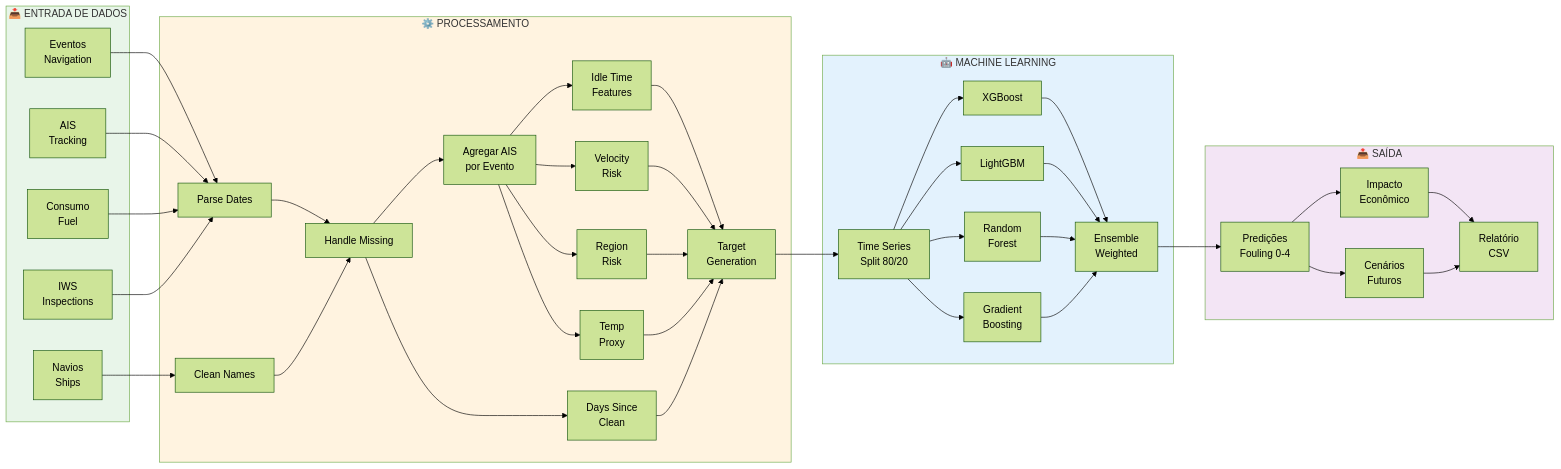
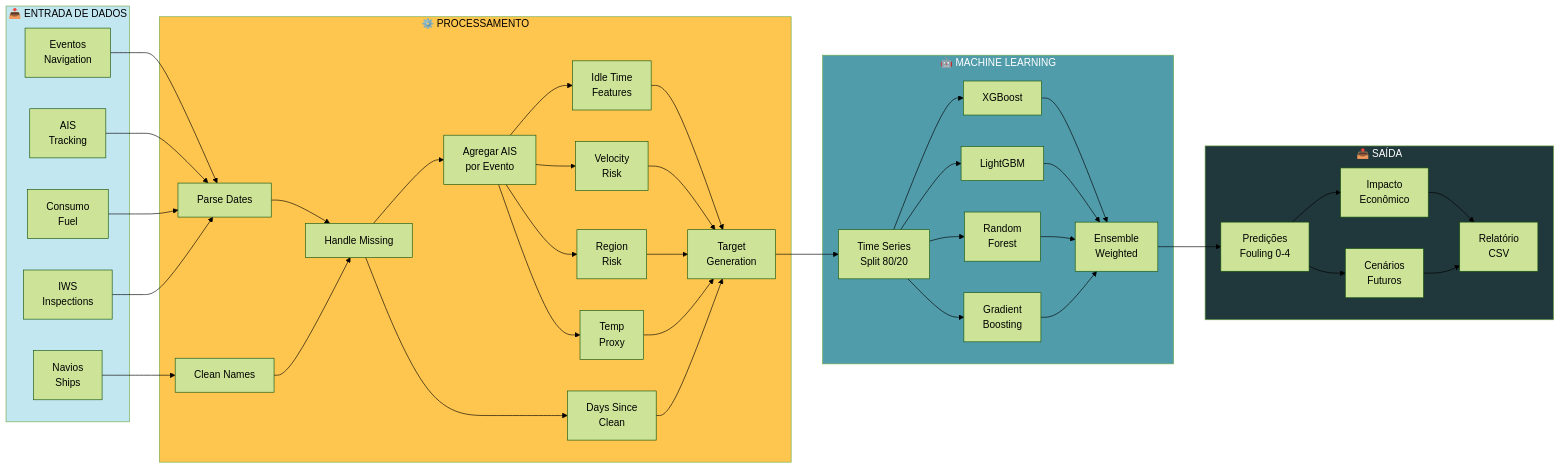
Before and after one commit to bryanjulio/nexus_transpetro: the second of 9 diagrams in DIAGRAMAS.md, drawn with Mermaid (forest theme). The commit also changed other lines of this file and 1 other file, not shown here.

Commit message:
style: Update diagram colors for improved visibility and contrast; add team member details to README

````diff
--- a/DIAGRAMAS.md
+++ b/DIAGRAMAS.md
@@ -149,8 +149,8 @@
     EC --> RP
     SC --> RP
 
-    style Input fill:#E8F5E9
-    style Process fill:#FFF3E0
-    style ML fill:#E3F2FD
-    style Output fill:#F3E5F5
+    style Input fill:#C3E7F1,color:#000
+    style Process fill:#FFC64F,color:#000
+    style ML fill:#519CAB,color:#FFF
+    style Output fill:#20373B,color:#FFF
 ```
````
